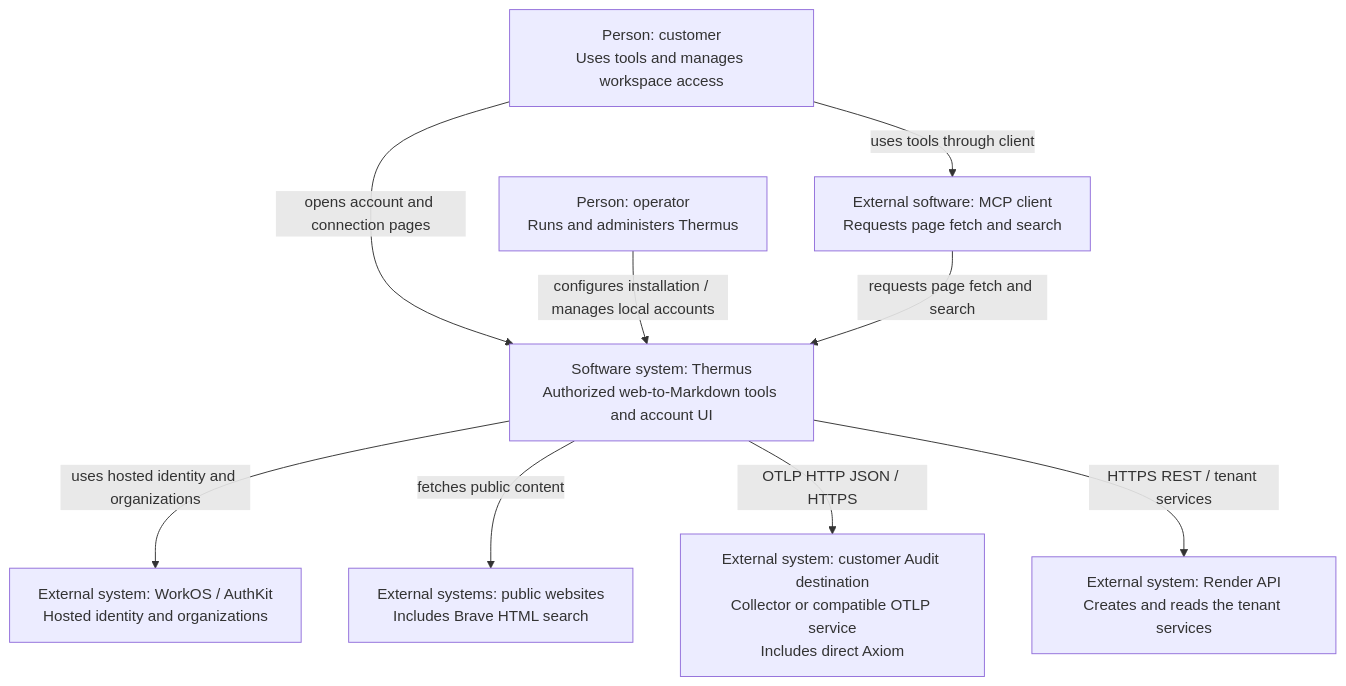
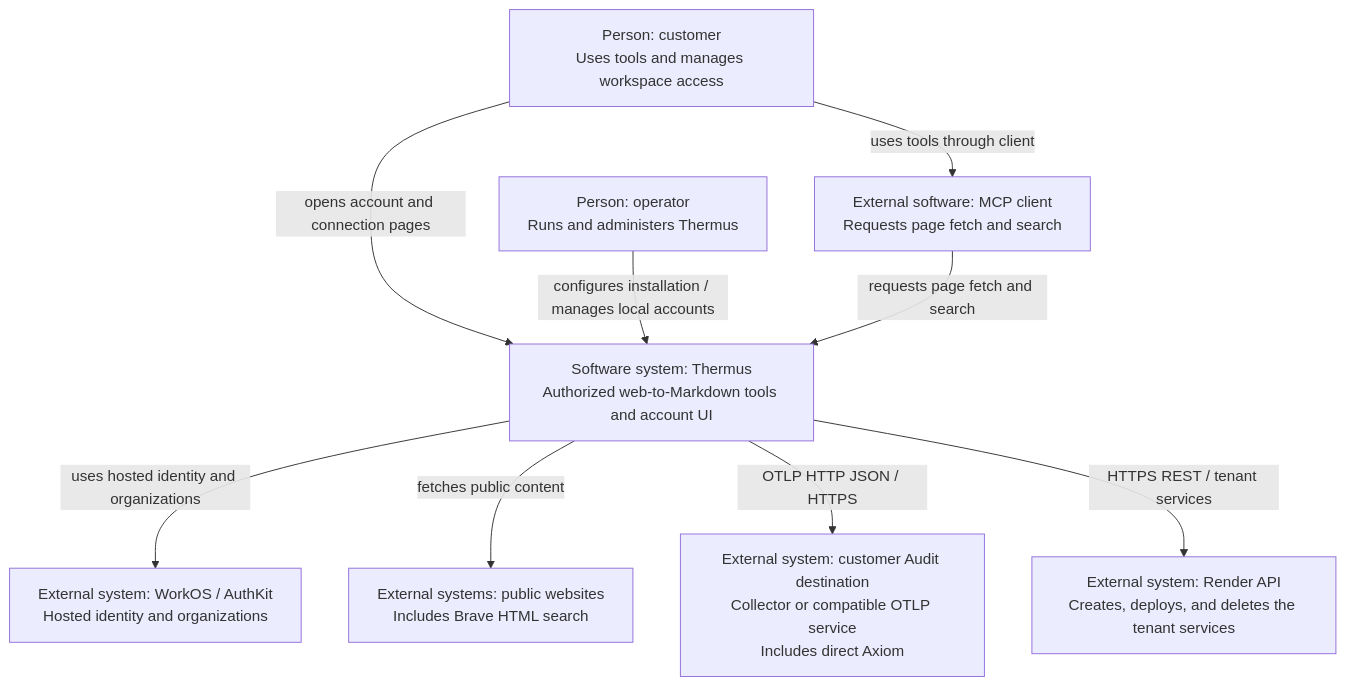
The first of 21 diagrams in architecture/components.md (tomer-mayara/Thermus), drawn with Mermaid before and after one commit. The commit also changed other lines of this file and 99 other files, not shown here.

````diff
--- a/architecture/components.md
+++ b/architecture/components.md
@@ -32,20 +34,20 @@
 ```mermaid
 %%{init: {"flowchart": {"wrappingWidth": 260}}}%%
 flowchart TB
   context_customer["Person: customer<br/>Uses tools and manages workspace access"]
   context_operator["Person: operator<br/>Runs and administers Thermus"]
   context_client["External software: MCP client<br/>Requests page fetch and search"]
   context_thermus["Software system: Thermus<br/>Authorized web-to-Markdown tools and account UI"]
   context_workos["External system: WorkOS / AuthKit<br/>Hosted identity and organizations"]
   context_public["External systems: public websites<br/>Includes Brave HTML search"]
   context_collector["External system: customer Audit destination<br/>Collector or compatible OTLP service<br/>Includes direct Axiom"]
-  context_render["External system: Render API<br/>Creates and reads the tenant services"]
+  context_render["External system: Render API<br/>Creates, deploys, and deletes the tenant services"]
   context_customer -->|uses tools through client| context_client
   context_customer -->|opens account and connection pages| context_thermus
   context_operator -->|configures installation / manages local accounts| context_thermus
   context_client -->|requests page fetch and search| context_thermus
   context_thermus -->|uses hosted identity and organizations| context_workos
   context_thermus -->|fetches public content| context_public
   context_thermus -->|OTLP HTTP JSON / HTTPS| context_collector
   context_thermus -->|HTTPS REST / tenant services| context_render
 ```
````
